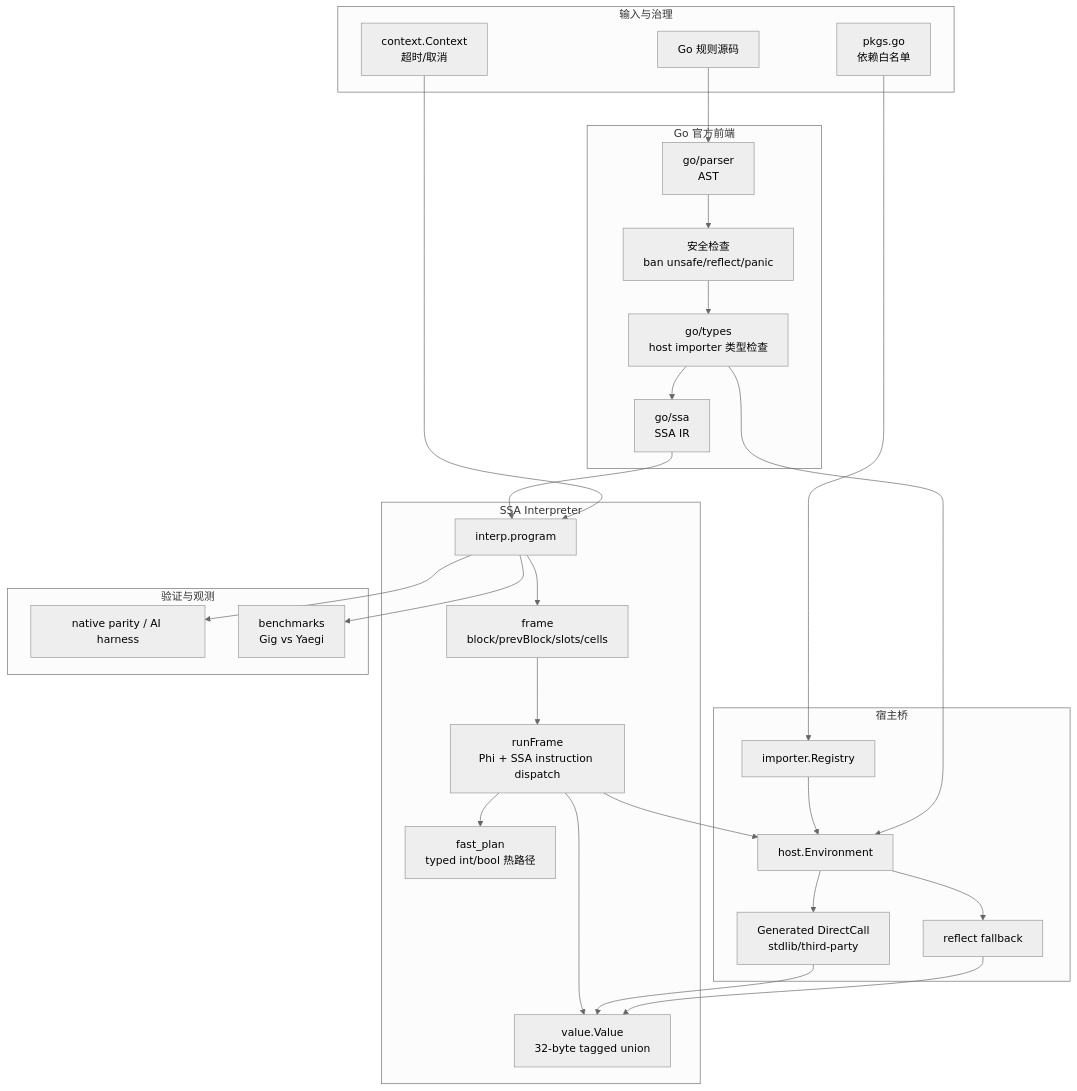
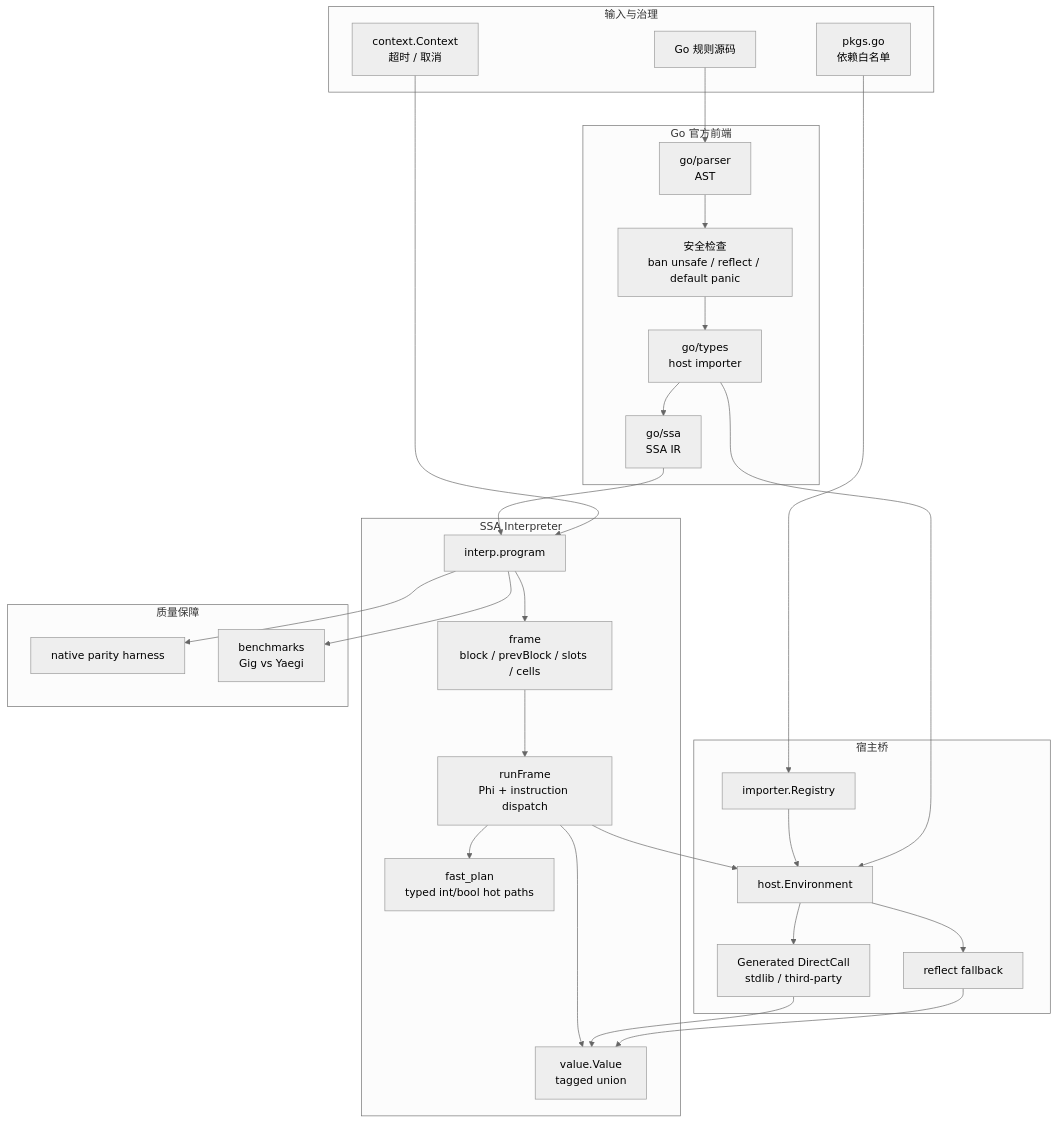
The diagram in README_CN.md (t04dJ14n9/gig), drawn with Mermaid (neutral theme) before and after one commit. The commit also changed other lines of this file and 1 other file, not shown here.

````diff
--- a/README_CN.md
+++ b/README_CN.md
@@ -388,54 +232,54 @@
 ```mermaid
 flowchart TB
     subgraph Input["输入与治理"]
         SRC["Go 规则源码"]
-        CTX["context.Context<br/>超时/取消"]
+        CTX["context.Context<br/>超时 / 取消"]
         PKGS["pkgs.go<br/>依赖白名单"]
     end
 
     subgraph Frontend["Go 官方前端"]
         PARSER["go/parser<br/>AST"]
-        SAFETY["安全检查<br/>ban unsafe/reflect/panic"]
-        TYPECHECK["go/types<br/>host importer 类型检查"]
+        SAFETY["安全检查<br/>ban unsafe / reflect / default panic"]
+        TYPECHECK["go/types<br/>host importer"]
         SSA["go/ssa<br/>SSA IR"]
     end
 
     subgraph Interpreter["SSA Interpreter"]
         ENGINE["interp.program"]
-        FRAME["frame<br/>block/prevBlock/slots/cells"]
-        DISPATCH["runFrame<br/>Phi + SSA instruction dispatch"]
-        FAST["fast_plan<br/>typed int/bool 热路径"]
-        VALUE["value.Value<br/>32-byte tagged union"]
+        FRAME["frame<br/>block / prevBlock / slots / cells"]
+        DISPATCH["runFrame<br/>Phi + instruction dispatch"]
+        FAST["fast_plan<br/>typed int/bool hot paths"]
+        VALUE["value.Value<br/>tagged union"]
     end
 
     subgraph Host["宿主桥"]
         REG["importer.Registry"]
         ENV["host.Environment"]
-        DIRECT["Generated DirectCall<br/>stdlib/third-party"]
+        DIRECT["Generated DirectCall<br/>stdlib / third-party"]
         REFLECT["reflect fallback"]
     end
 
-    subgraph Quality["验证与观测"]
-        TEST["native parity / AI harness"]
+    subgraph Quality["质量保障"]
+        TEST["native parity harness"]
         BENCH["benchmarks<br/>Gig vs Yaegi"]
     end
 
     SRC --> PARSER
     PARSER --> SAFETY
     SAFETY --> TYPECHECK
     TYPECHECK --> SSA
     SSA --> ENGINE --> FRAME --> DISPATCH
     DISPATCH --> FAST
     DISPATCH --> VALUE
     CTX --> ENGINE
 
     PKGS --> REG
     REG --> ENV
     TYPECHECK --> ENV
     DISPATCH --> ENV
     ENV --> DIRECT --> VALUE
     ENV --> REFLECT --> VALUE
 
     ENGINE --> TEST
     ENGINE --> BENCH
 ```
````
